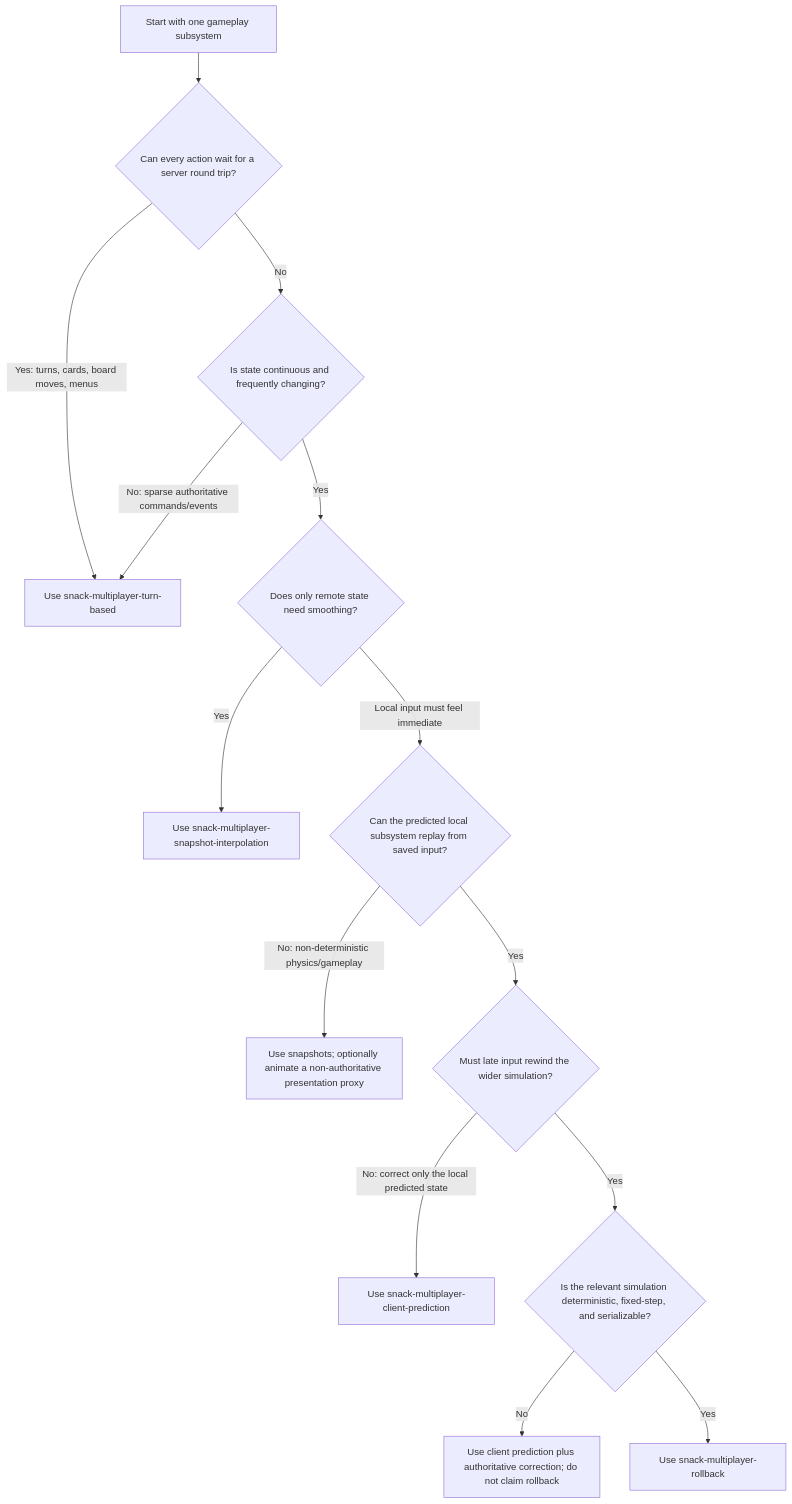
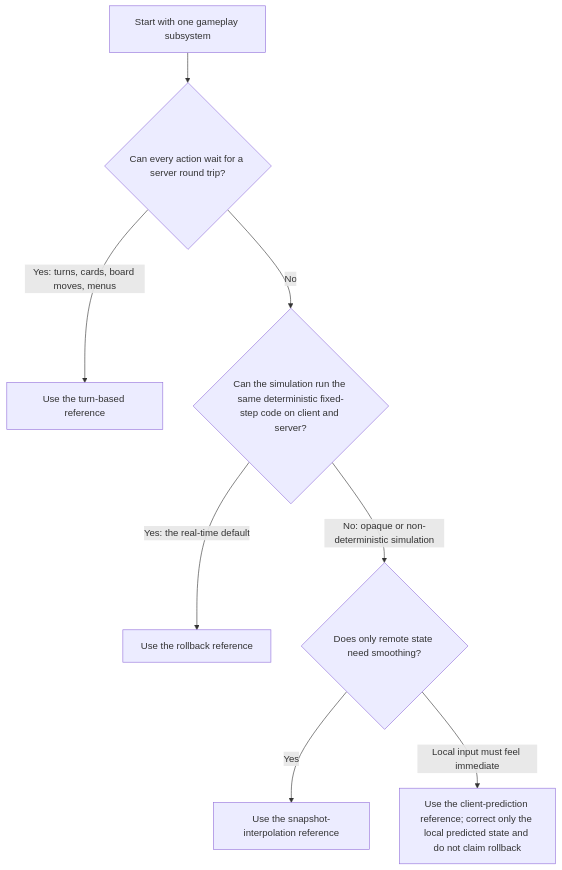
One commit to snackdotgame/voxel-game-template changed the first of 3 diagrams in .claude/skills/snack-build-multiplayer/SKILL.md. Above: the diagram before and after it, drawn with Mermaid. The commit also changed other lines of this file and 64 other files, not shown here.

````diff
--- a/.claude/skills/snack-build-multiplayer/SKILL.md
+++ b/.claude/skills/snack-build-multiplayer/SKILL.md
@@ -28,16 +30,10 @@
 ```mermaid
 flowchart TD
   A["Start with one gameplay subsystem"] --> B{"Can every action wait for a server round trip?"}
-  B -- "Yes: turns, cards, board moves, menus" --> T["Use snack-multiplayer-turn-based"]
-  B -- "No" --> C{"Is state continuous and frequently changing?"}
-  C -- "No: sparse authoritative commands/events" --> T
-  C -- "Yes" --> D{"Does only remote state need smoothing?"}
-  D -- "Yes" --> S["Use snack-multiplayer-snapshot-interpolation"]
-  D -- "Local input must feel immediate" --> E{"Can the predicted local subsystem replay from saved input?"}
-  E -- "No: non-deterministic physics/gameplay" --> N["Use snapshots; optionally animate a non-authoritative presentation proxy"]
-  E -- "Yes" --> F{"Must late input rewind the wider simulation?"}
-  F -- "No: correct only the local predicted state" --> P["Use snack-multiplayer-client-prediction"]
-  F -- "Yes" --> G{"Is the relevant simulation deterministic, fixed-step, and serializable?"}
-  G -- "No" --> P2["Use client prediction plus authoritative correction; do not claim rollback"]
-  G -- "Yes" --> R["Use snack-multiplayer-rollback"]
+  B -- "Yes: turns, cards, board moves, menus" --> T["Use the turn-based reference"]
+  B -- "No" --> G{"Can the simulation run the same deterministic fixed-step code on client and server?"}
+  G -- "Yes: the real-time default" --> R["Use the rollback reference"]
+  G -- "No: opaque or non-deterministic simulation" --> D{"Does only remote state need smoothing?"}
+  D -- "Yes" --> S["Use the snapshot-interpolation reference"]
+  D -- "Local input must feel immediate" --> P["Use the client-prediction reference; correct only the local predicted state and do not claim rollback"]
 ```
````
